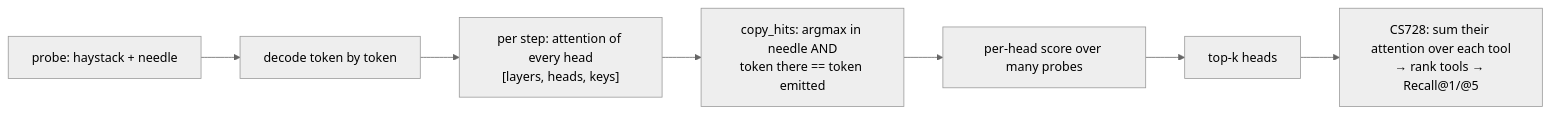
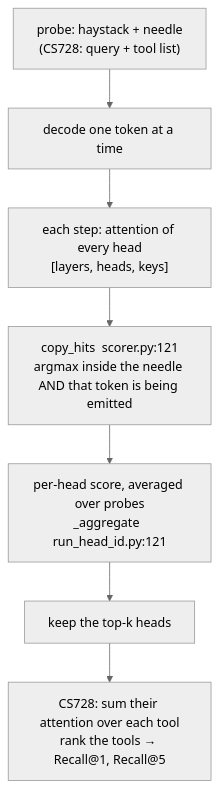
One commit to jayavardhan-g/projects-vault changed the first of 2 diagrams in Interview prep/Days/Day 09 - CS728 and LeNet-5.md. Above: the diagram before and after it, drawn with Mermaid (neutral theme). The commit also changed other lines of this file and 12 other files, not shown here.

First line of the commit message:
projects: Days 2-14 "Code, explained": full-width top-to-bottom diagrams, a figure per section, and a step-by-step flow per day

````diff
--- a/Interview prep/Days/Day 09 - CS728 and LeNet-5.md
+++ b/Interview prep/Days/Day 09 - CS728 and LeNet-5.md
@@ -111,9 +111,9 @@
 ```mermaid
-flowchart LR
-  P["probe: haystack + needle"] --> D["decode token by token"]
-  D --> A["per step: attention of every head<br/>[layers, heads, keys]"]
-  A --> H["copy_hits: argmax in needle AND<br/>token there == token emitted"]
-  H --> S["per-head score over many probes"]
-  S --> TOP["top-k heads"]
-  TOP --> USE["CS728: sum their attention over each tool<br/>→ rank tools → Recall@1/@5"]
+flowchart TB
+  P["probe: haystack + needle<br/>(CS728: query + tool list)"] --> D["decode one token at a time"]
+  D --> A["each step: attention of every head<br/>[layers, heads, keys]"]
+  A --> H["copy_hits  scorer.py:121<br/>argmax inside the needle AND that token is being emitted"]
+  H --> S["per-head score, averaged over probes<br/>_aggregate  run_head_id.py:121"]
+  S --> TOP["keep the top-k heads"]
+  TOP --> USE["CS728: sum their attention over each tool<br/>rank the tools → Recall@1, Recall@5"]
 ```
````
